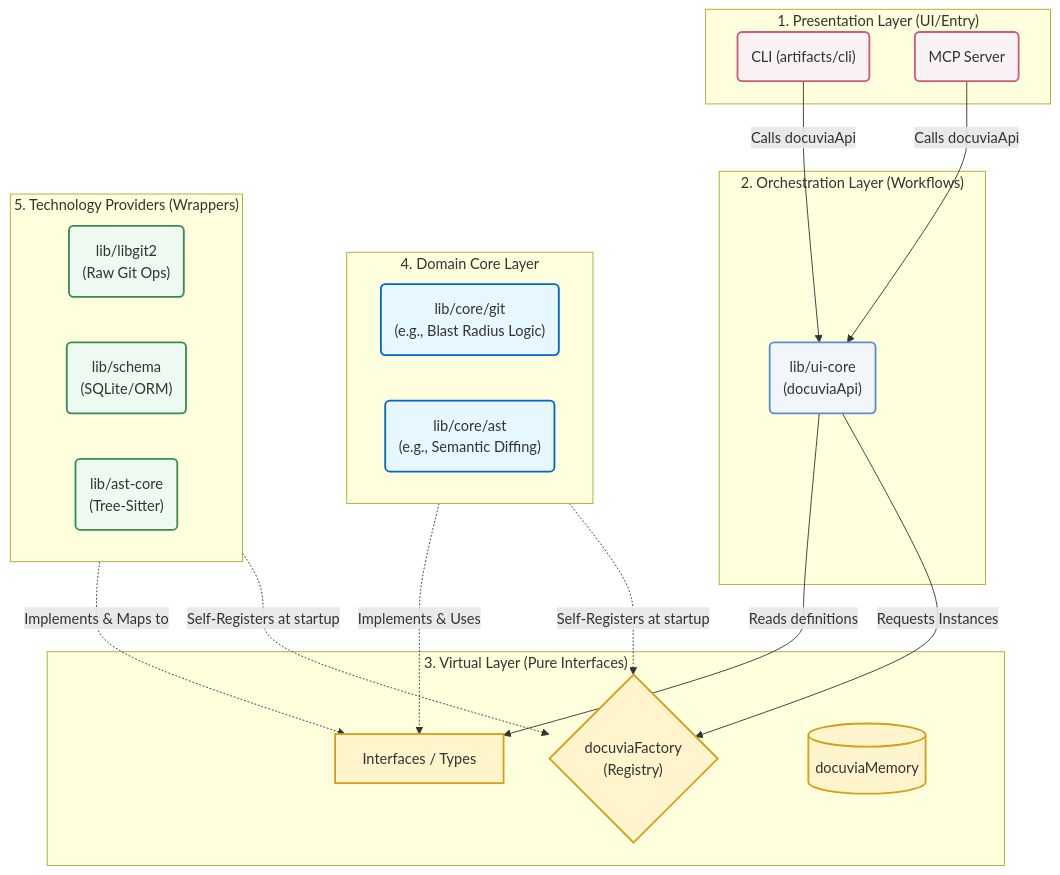
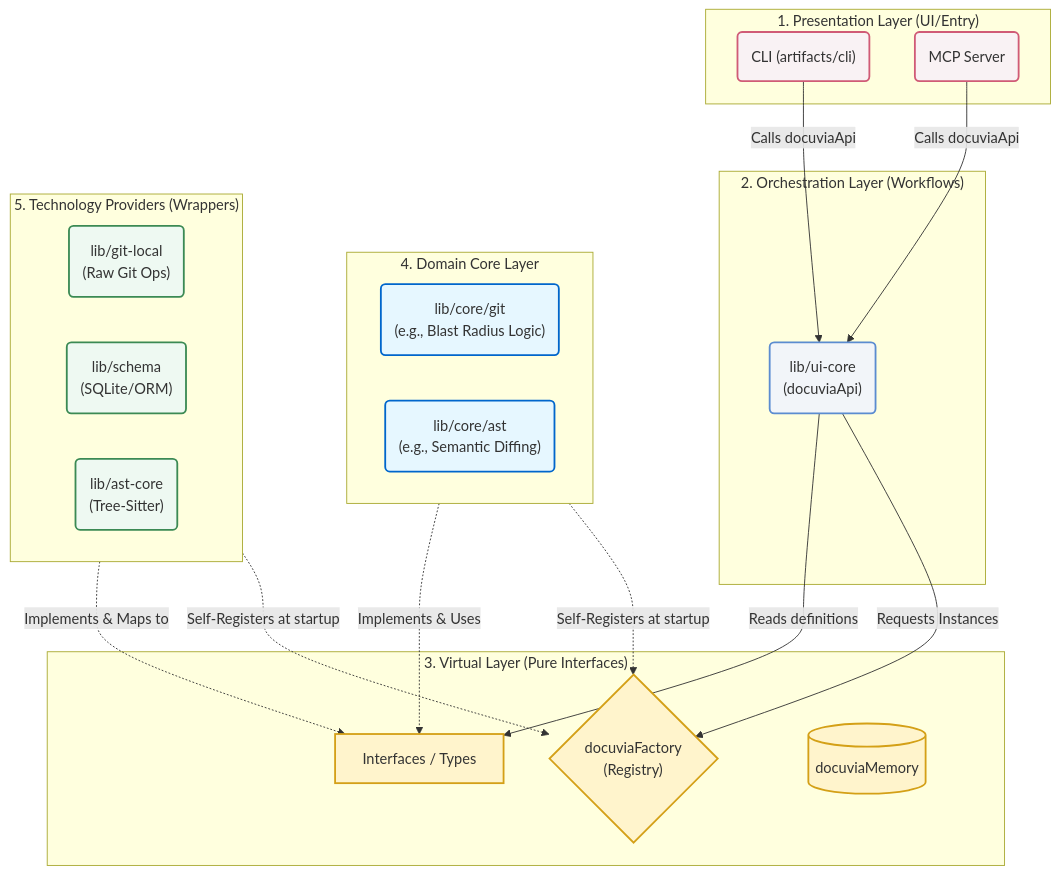
One commit to dyphn1/Docuvia changed the diagram in docs/gitbook/architecture/virtual-contracts-architecture.md. Above: the diagram before and after it, drawn with Mermaid. The commit also changed other lines of this file and 34 other files, not shown here.

Commit message:
refactor(git-local): rename libgit2 to git-local and update references

````diff
--- a/docs/gitbook/architecture/virtual-contracts-architecture.md
+++ b/docs/gitbook/architecture/virtual-contracts-architecture.md
@@ -14,55 +14,55 @@
 ```mermaid
 flowchart TD
     %% Define Layers
     subgraph Presentation ["1. Presentation Layer (UI/Entry)"]
         CLI("CLI (artifacts/cli)")
         MCP("MCP Server")
     end
 
     subgraph Orchestration ["2. Orchestration Layer (Workflows)"]
         UICORE("lib/ui-core<br/>(docuviaApi)")
     end
 
     subgraph Contracts ["3. Virtual Layer (Pure Interfaces)"]
         FACTORY{"docuviaFactory<br/>(Registry)"}
         INTERFACES["Interfaces / Types"]
         MEMORY[("docuviaMemory")]
     end
 
     subgraph Domain ["4. Domain Core Layer"]
         CORE_GIT("lib/core/git<br/>(e.g., Blast Radius Logic)")
         CORE_AST("lib/core/ast<br/>(e.g., Semantic Diffing)")
     end
 
     subgraph Tech ["5. Technology Providers (Wrappers)"]
-        LIBGIT2("lib/libgit2<br/>(Raw Git Ops)")
+        GIT_LOCAL("lib/git-local<br/>(Raw Git Ops)")
         SCHEMA("lib/schema<br/>(SQLite/ORM)")
         ASTCORE("lib/ast-core<br/>(Tree-Sitter)")
     end
 
     %% Wiring
     CLI -->|Calls docuviaApi| UICORE
     MCP -->|Calls docuviaApi| UICORE
 
     UICORE -->|Reads definitions| INTERFACES
     UICORE -->|Requests Instances| FACTORY
 
     Domain -.->|Implements & Uses| INTERFACES
     Tech -.->|Implements & Maps to| INTERFACES
 
     Domain -.->|Self-Registers at startup| FACTORY
     Tech -.->|Self-Registers at startup| FACTORY
 
     %% Styling
     classDef presentation fill:#f9f2f4,stroke:#d05b76,stroke-width:2px;
     classDef orch fill:#f2f5f9,stroke:#5b8cd0,stroke-width:2px;
     classDef contract fill:#fff4cc,stroke:#d4a017,stroke-width:2px;
     classDef domain fill:#e6f7ff,stroke:#0066cc,stroke-width:2px;
     classDef tech fill:#eef9f2,stroke:#3b8a54,stroke-width:2px;
 
     class CLI,MCP presentation;
     class UICORE orch;
     class FACTORY,INTERFACES,MEMORY contract;
     class CORE_GIT,CORE_AST domain;
-    class LIBGIT2,SCHEMA,ASTCORE tech;
+    class GIT_LOCAL,SCHEMA,ASTCORE tech;
 ```
````
